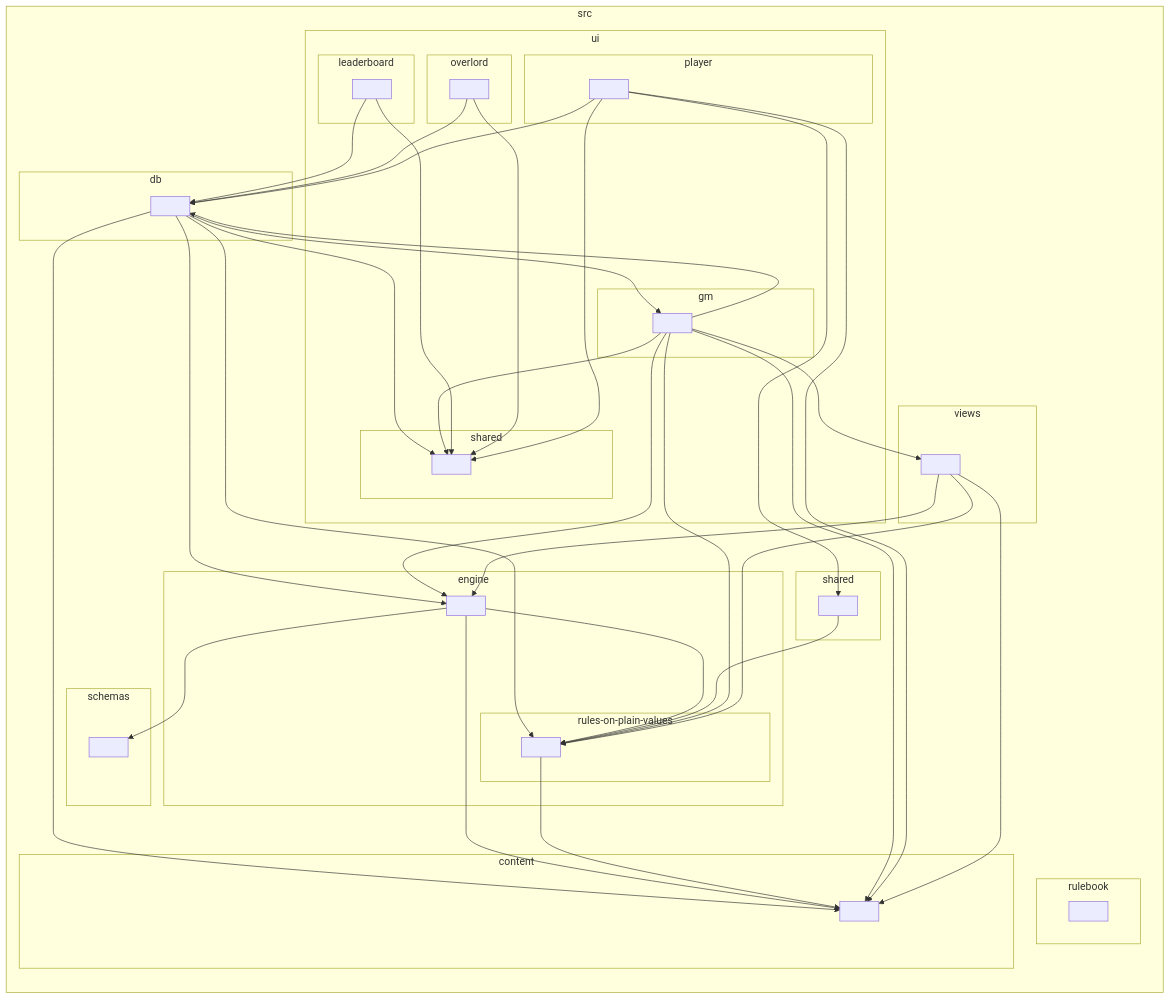
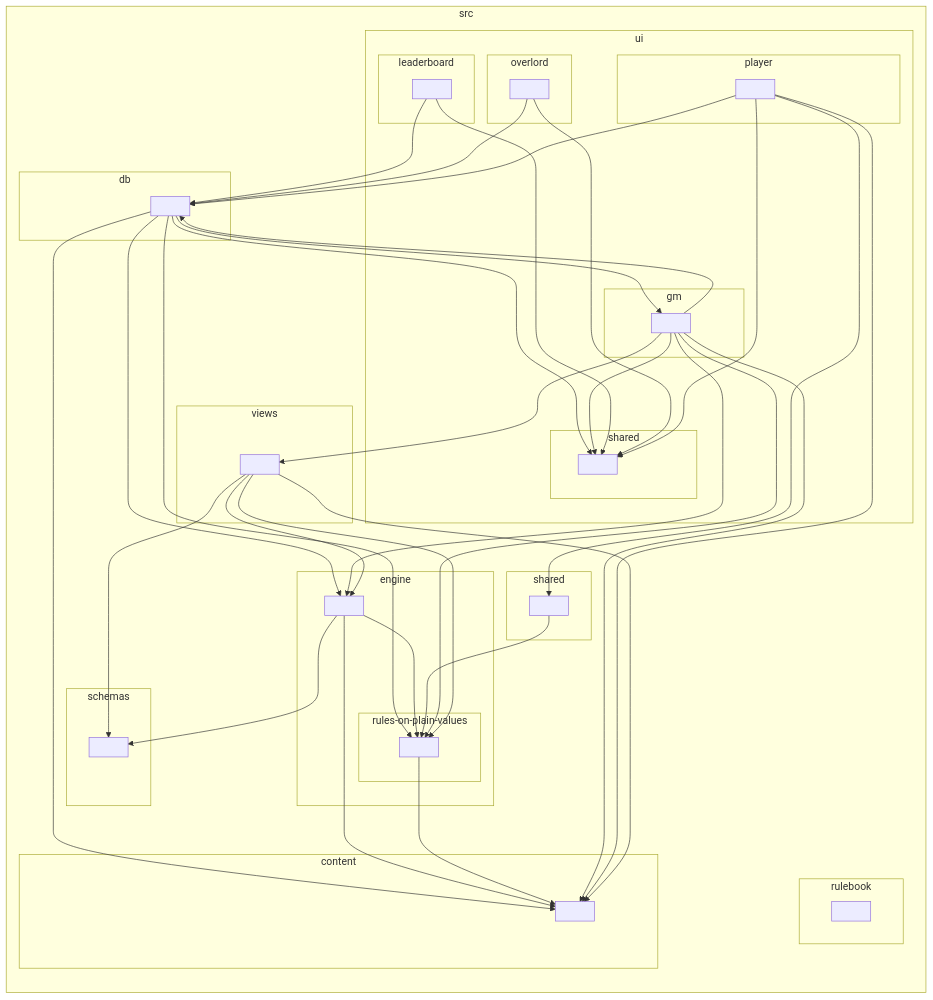
Before and after one commit to Nestalawe/kingdoms-call: the diagram in docs/ARCHITECTURE.md, drawn with Mermaid. The commit also changed 7 other files, not shown here.

````diff
--- a/docs/ARCHITECTURE.md
+++ b/docs/ARCHITECTURE.md
@@ -179,74 +179,75 @@
 ```mermaid
 flowchart LR
 
 subgraph src["src"]
   subgraph src_content["content"]
     src_content_[" "]
   end
   subgraph src_db["db"]
     src_db_[" "]
   end
   subgraph src_engine["engine"]
     src_engine_[" "]
     subgraph src_engine_rules_on_plain_values["rules-on-plain-values"]
       src_engine_rules_on_plain_values_[" "]
     end
   end
   subgraph src_rulebook["rulebook"]
     src_rulebook_[" "]
   end
   subgraph src_schemas["schemas"]
     src_schemas_[" "]
   end
   subgraph src_shared["shared"]
     src_shared_[" "]
   end
   subgraph src_ui["ui"]
     subgraph src_ui_gm["gm"]
       src_ui_gm_[" "]
     end
     subgraph src_ui_leaderboard["leaderboard"]
       src_ui_leaderboard_[" "]
     end
     subgraph src_ui_overlord["overlord"]
       src_ui_overlord_[" "]
     end
     subgraph src_ui_player["player"]
       src_ui_player_[" "]
     end
     subgraph src_ui_shared["shared"]
       src_ui_shared_[" "]
     end
   end
   subgraph src_views["views"]
     src_views_[" "]
   end
 end
 src_db_-->src_engine_rules_on_plain_values_
 src_db_-->src_ui_gm_
 src_db_-->src_ui_shared_
 src_db_-->src_content_
 src_db_-->src_engine_
 src_engine_-->src_content_
 src_engine_-->src_engine_rules_on_plain_values_
 src_engine_-->src_schemas_
 src_engine_rules_on_plain_values_-->src_content_
 src_shared_-->src_engine_rules_on_plain_values_
 src_ui_gm_-->src_content_
 src_ui_gm_-->src_db_
 src_ui_gm_-->src_engine_
 src_ui_gm_-->src_ui_shared_
 src_ui_gm_-->src_engine_rules_on_plain_values_
 src_ui_gm_-->src_views_
 src_ui_leaderboard_-->src_db_
 src_ui_leaderboard_-->src_ui_shared_
 src_ui_overlord_-->src_db_
 src_ui_overlord_-->src_ui_shared_
 src_ui_player_-->src_ui_shared_
 src_ui_player_-->src_shared_
 src_ui_player_-->src_content_
 src_ui_player_-->src_db_
 src_views_-->src_engine_
 src_views_-->src_content_
 src_views_-->src_engine_rules_on_plain_values_
+src_views_-->src_schemas_
 ```
````
